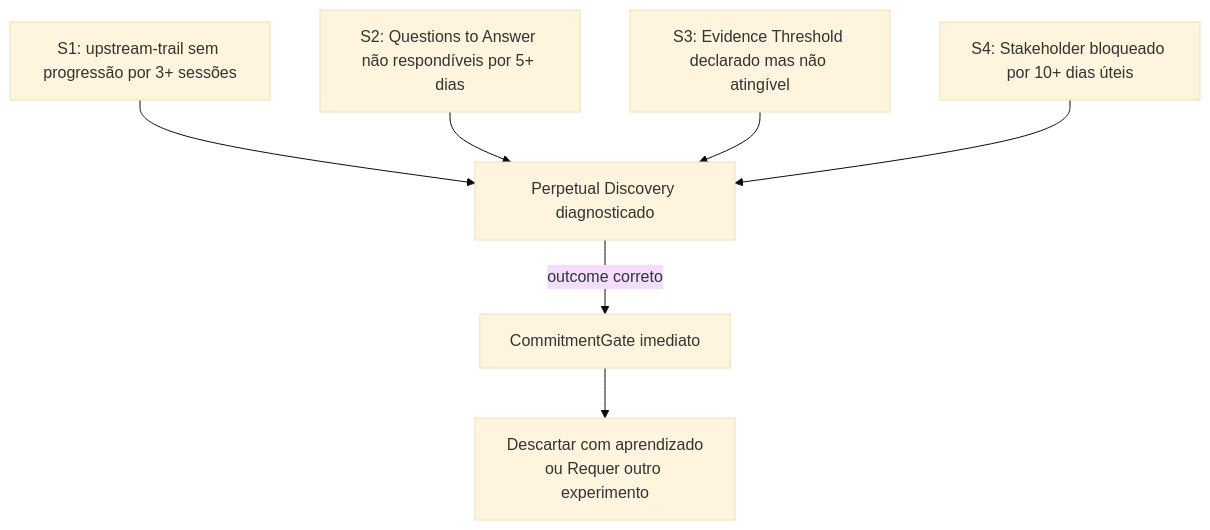
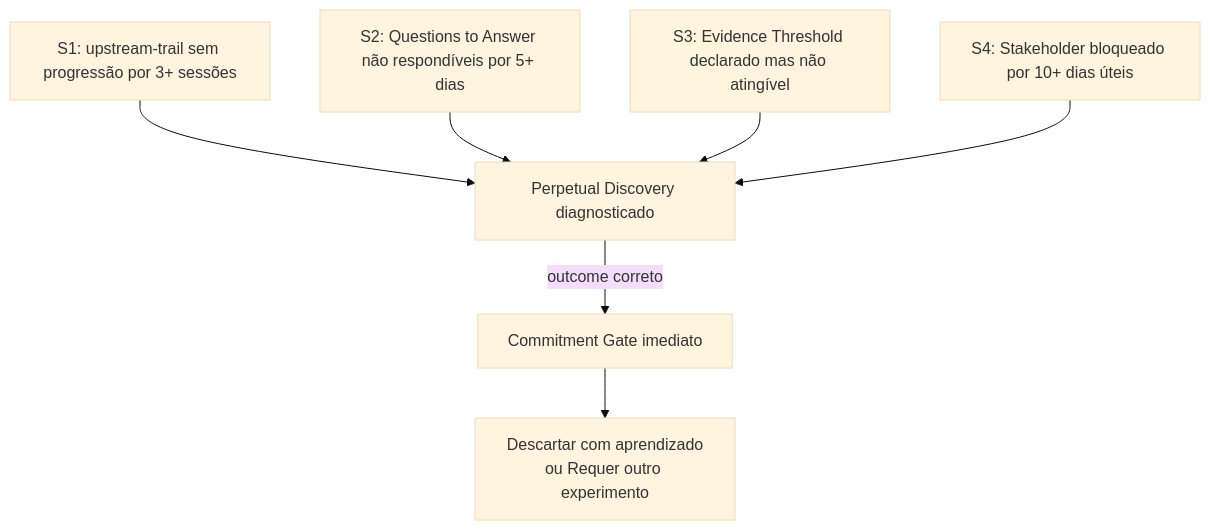
Before and after one commit to produtoreativo/from-intent-to-outcome: the second of 3 diagrams in capitulo-05.md, drawn with Mermaid (base theme). The commit also changed other lines of this file and 26 other files, not shown here.

````diff
--- a/capitulo-05.md
+++ b/capitulo-05.md
@@ -99,10 +99,10 @@
 ```mermaid
 graph TD
     S1["S1: upstream-trail sem progressão por 3+ sessões"]
     S2["S2: Questions to Answer não respondíveis por 5+ dias"]
     S3["S3: Evidence Threshold declarado mas não atingível"]
     S4["S4: Stakeholder bloqueado por 10+ dias úteis"]
     S1 & S2 & S3 & S4 --> PD["Perpetual Discovery diagnosticado"]
-    PD --> |"outcome correto"| CG["CommitmentGate imediato"]
+    PD --> |"outcome correto"| CG["Commitment Gate imediato"]
     CG --> D["Descartar com aprendizado\nou Requer outro experimento"]
 ```
````
